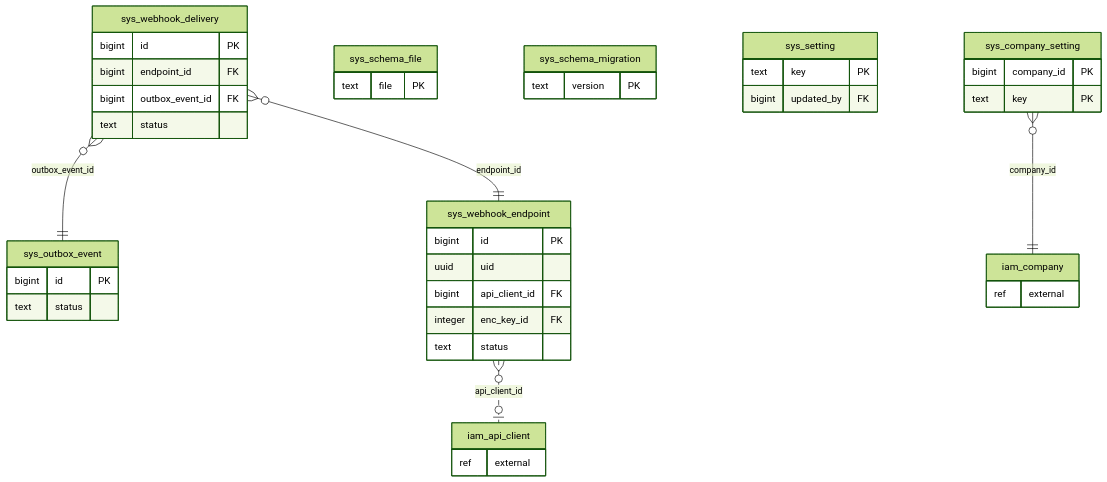
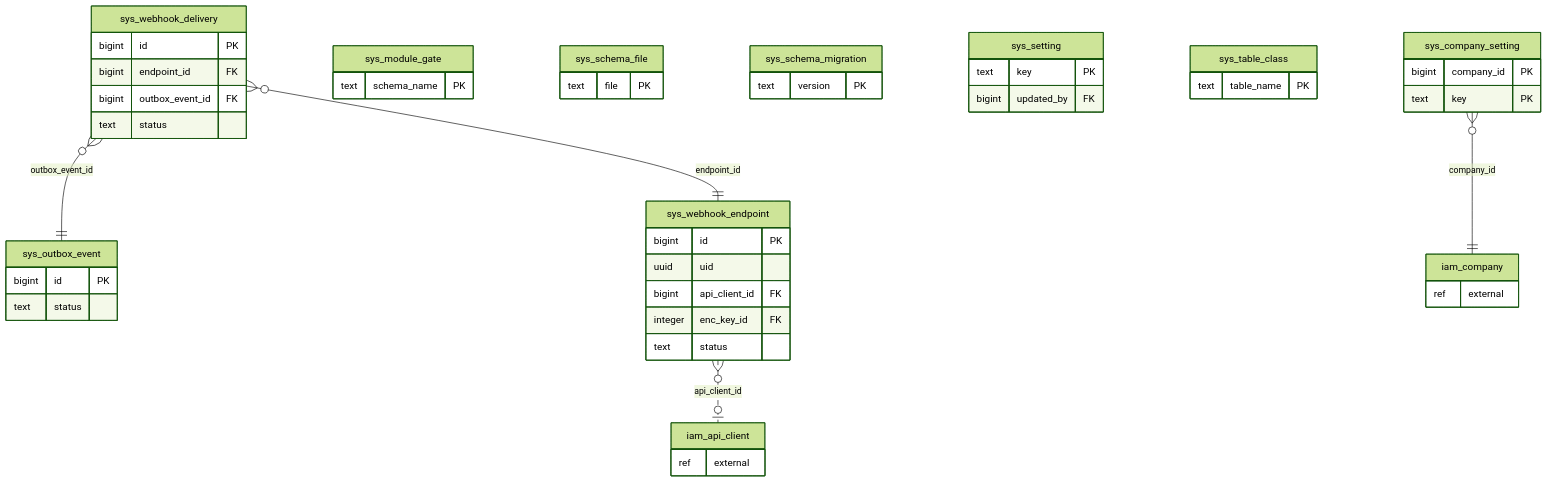
The fourth of 25 diagrams in db/ERD.md (thawrasy/smartlines), drawn with Mermaid (forest theme) before and after one commit. The commit also changed other lines of this file and 67 other files, not shown here.

````diff
--- a/db/ERD.md
+++ b/db/ERD.md
@@ -465,44 +553,50 @@
 ```mermaid
 erDiagram
   sys_company_setting {
     bigint company_id PK
     text key PK
+  }
+  sys_module_gate {
+    text schema_name PK
   }
   sys_outbox_event {
     bigint id PK
     text status
   }
   sys_schema_file {
     text file PK
   }
   sys_schema_migration {
     text version PK
   }
   sys_setting {
     text key PK
     bigint updated_by FK
+  }
+  sys_table_class {
+    text table_name PK
   }
   sys_webhook_delivery {
     bigint id PK
     bigint endpoint_id FK
     bigint outbox_event_id FK
     text status
   }
   sys_webhook_endpoint {
     bigint id PK
     uuid uid
     bigint api_client_id FK
     integer enc_key_id FK
     text status
   }
   iam_api_client {
     ref external
   }
   iam_company {
     ref external
   }
   sys_webhook_endpoint }o..o| iam_api_client : "api_client_id"
   sys_company_setting }o--|| iam_company : "company_id"
   sys_webhook_delivery }o--|| sys_outbox_event : "outbox_event_id"
   sys_webhook_delivery }o--|| sys_webhook_endpoint : "endpoint_id"
 ```
````
